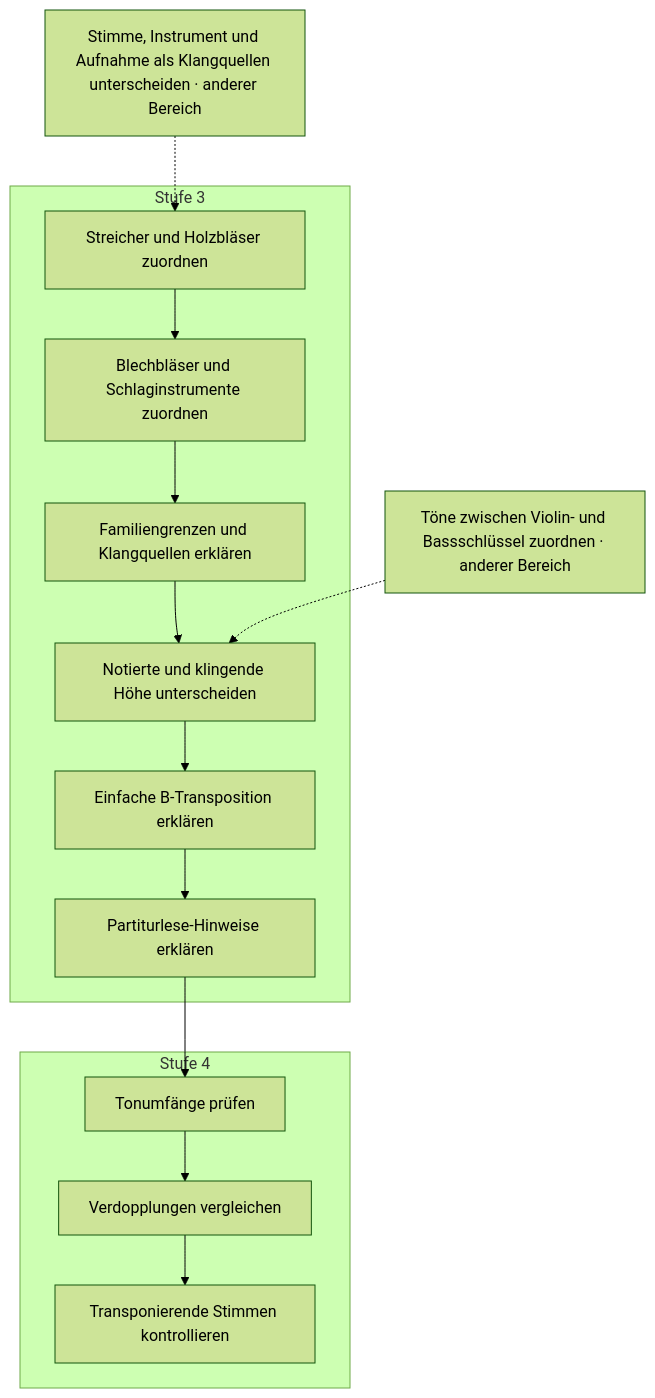
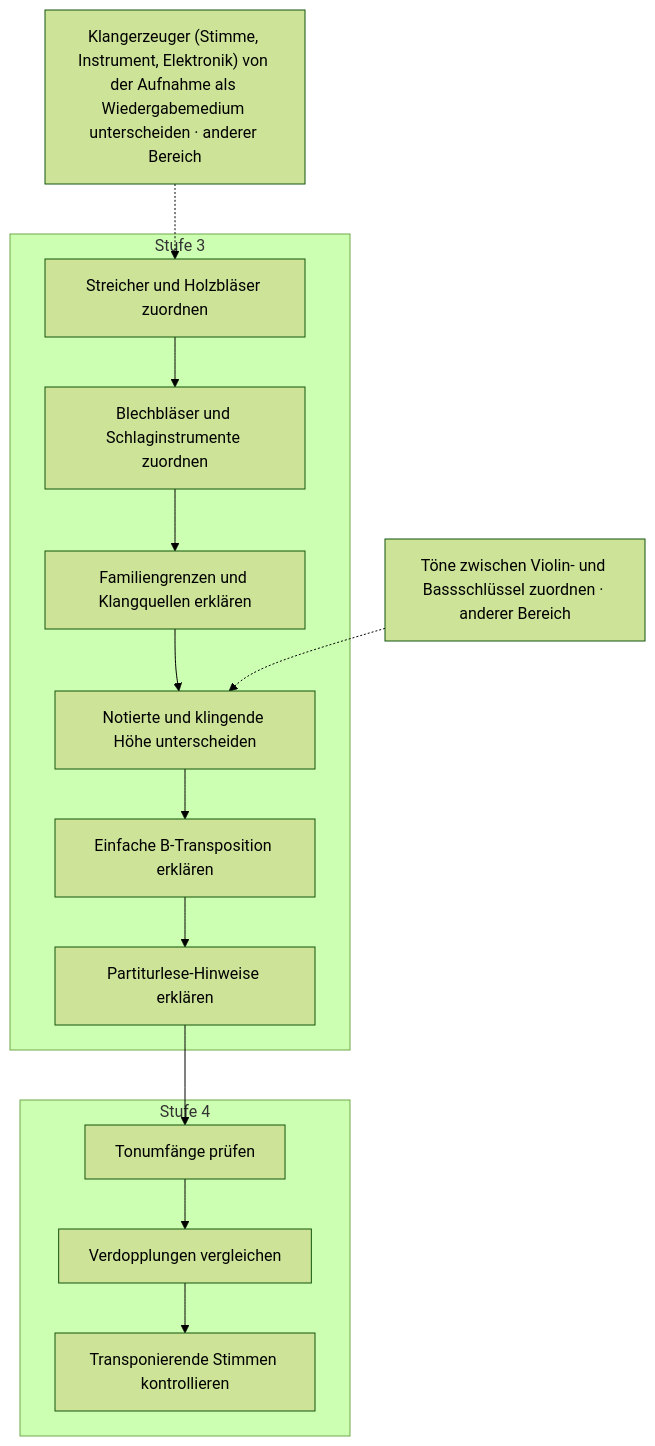
Diagram 12 of 16 in docs/plan/faehigkeitsgraph-diagramme.md (PhiFa96/harmonia), drawn with Mermaid (forest theme) before and after one commit. The commit also changed other lines of this file and 16 other files, not shown here.

First line of the commit message:
fix(content): Graphkorrekturen Stufe 1 und 2 aus der Fachprüfung (Katalogversion 17)

````diff
--- a/docs/plan/faehigkeitsgraph-diagramme.md
+++ b/docs/plan/faehigkeitsgraph-diagramme.md
@@ -859,28 +872,28 @@
 ```mermaid
 flowchart TD
   subgraph level3["Stufe 3"]
     s114["Streicher und Holzbläser zuordnen"]
     s115["Blechbläser und Schlaginstrumente zuordnen"]
     s116["Familiengrenzen und Klangquellen erklären"]
     s117["Notierte und klingende Höhe unterscheiden"]
     s118["Einfache B-Transposition erklären"]
     s119["Partiturlese-Hinweise erklären"]
   end
   subgraph level4["Stufe 4"]
     s153["Tonumfänge prüfen"]
     s154["Verdopplungen vergleichen"]
     s155["Transponierende Stimmen kontrollieren"]
   end
-  s34["Stimme, Instrument und Aufnahme als Klangquellen unterscheiden · anderer Bereich"]
+  s34["Klangerzeuger (Stimme, Instrument, Elektronik) von der Aufnahme als Wiedergabemedium unterscheiden · anderer Bereich"]
   s41["Töne zwischen Violin- und Bassschlüssel zuordnen · anderer Bereich"]
   s34 -.-> s114
   s114 --> s115
   s115 --> s116
   s116 --> s117
   s41 -.-> s117
   s117 --> s118
   s118 --> s119
   s119 --> s153
   s153 --> s154
   s154 --> s155
 ```
````
